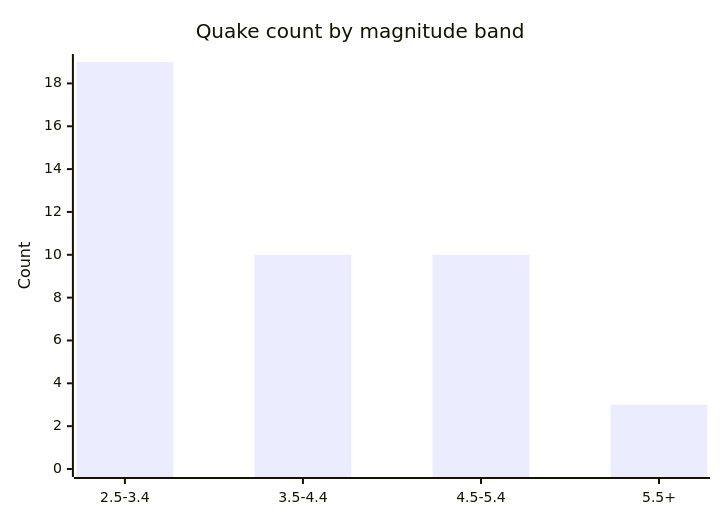
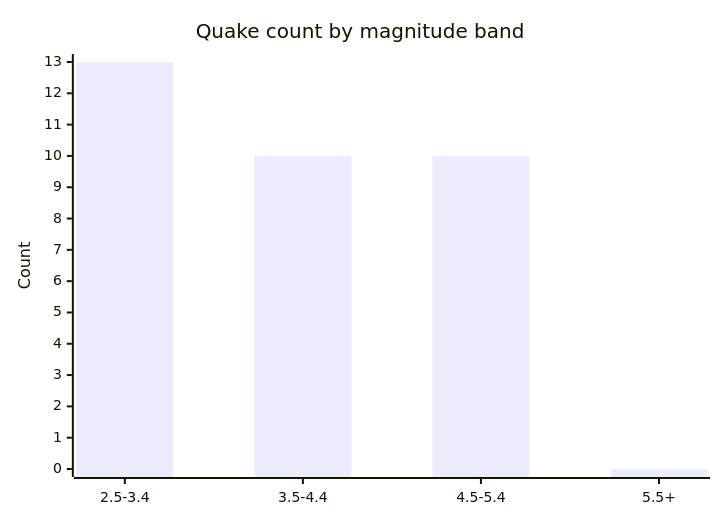
Before and after one commit to Midwest-Stratospheric/aerostratospheric-defense-gir: the fifth of 6 diagrams in docs/GRAPHS.md, drawn with Mermaid. The commit also changed other lines of this file and 25 other files, not shown here.

````diff
--- a/docs/GRAPHS.md
+++ b/docs/GRAPHS.md
@@ -82,7 +82,7 @@
 ```mermaid
 xychart-beta
   title "Quake count by magnitude band"
   x-axis ["2.5-3.4", "3.5-4.4", "4.5-5.4", "5.5+"]
-  y-axis "Count" 0 --> 19
-  bar [19, 10, 10, 3]
+  y-axis "Count" 0 --> 13
+  bar [13, 10, 10, 0]
 ```
````
